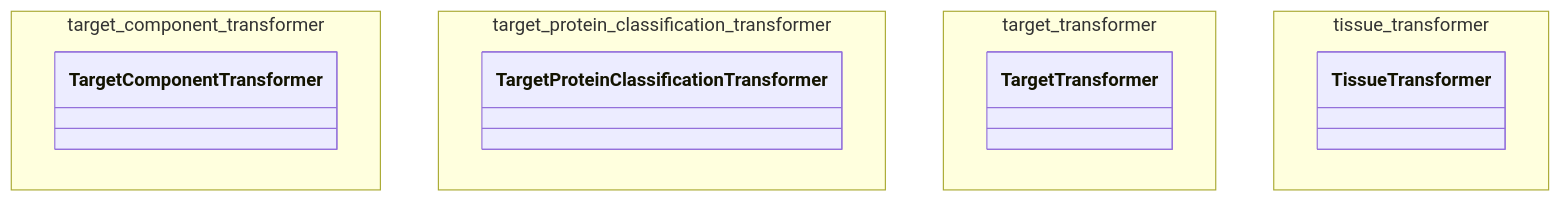
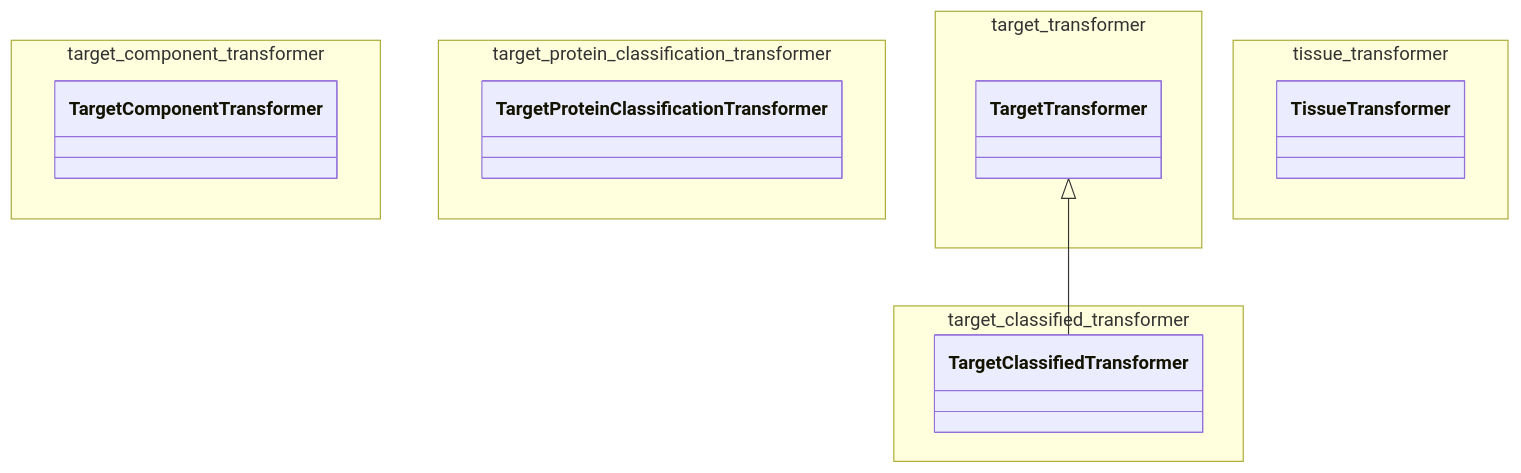
One commit to SatoryKono/BioactivityDataAcquisition changed the diagram in docs/02-architecture/diagrams/class-diagrams/90-pkg-application-pipelines-chembl-part2.mmd. Above: the diagram before and after it, drawn with Mermaid. The commit also changed 35 other files, not shown here.

First line of the commit message:
fix(ci): synchronize IUPHAR diagram inventory and review routing guards

```diff
--- a/docs/02-architecture/diagrams/class-diagrams/90-pkg-application-pipelines-chembl-part2.mmd
+++ b/docs/02-architecture/diagrams/class-diagrams/90-pkg-application-pipelines-chembl-part2.mmd
@@ -1,26 +1,32 @@
 %% Title: Package Family: application/pipelines/chembl (Part 2/2)
-%% Covers: AST-derived supplemental package-family inventory slice for src/bioetl/application/pipelines/chembl; part 2/2; modules: target_component_transformer, target_protein_classification_transformer, target_transformer, tissue_transformer.
+%% Covers: AST-derived supplemental package-family inventory slice for src/bioetl/application/pipelines/chembl; part 2/2; modules: target_classified_transformer, target_component_transformer, target_protein_classification_transformer, target_transformer, tissue_transformer.
 %% Components: top-level classes grouped by source module.
 %% @version 1.0.0
 %% @type    classDiagram
-%% @date    2026-10-04
+%% @date    2026-11-18
 %% @level   Package Family / Inventory Slice
-%% @nodes   4
+%% @nodes   5
 %% @reference Generated supplemental package-family slice used to keep node density within the class-diagram readability budget (<= 30).
 classDiagram
+
+    namespace target_classified_transformer {
+        class TargetClassifiedTransformer
+    }
 
     namespace target_component_transformer {
         class TargetComponentTransformer
     }
 
     namespace target_protein_classification_transformer {
         class TargetProteinClassificationTransformer
     }
 
     namespace target_transformer {
         class TargetTransformer
     }
 
     namespace tissue_transformer {
         class TissueTransformer
     }
+
+    TargetTransformer <|-- TargetClassifiedTransformer
```
